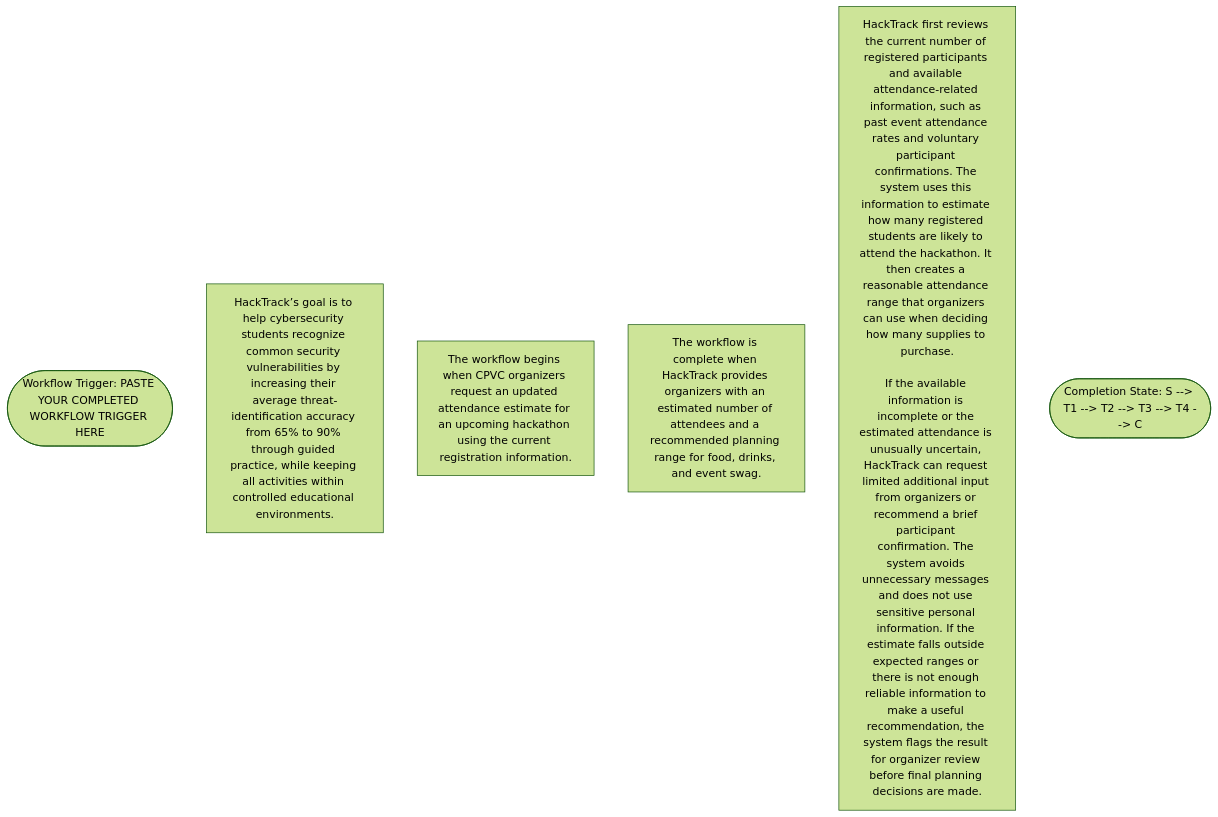
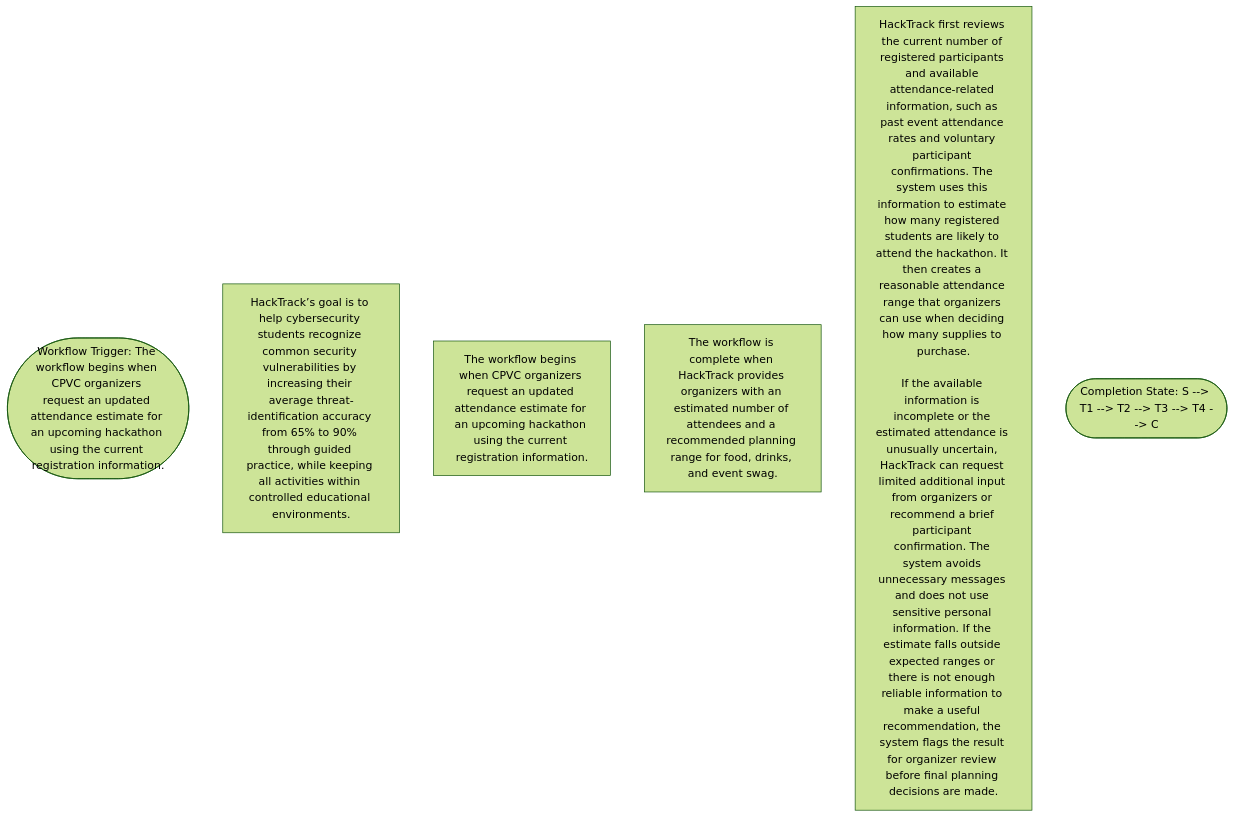
The diagram in my_first_agent/agent/workflow-of-tasks.md (clairerobinson2023-coder/BUS4498_InClass_Builds.), drawn with Mermaid (forest theme) before and after one commit.

Commit message:
Complete Friday Build 01 Part 2 workflow

````diff
--- a/my_first_agent/agent/workflow-of-tasks.md
+++ b/my_first_agent/agent/workflow-of-tasks.md
@@ -23,11 +23,11 @@
 ```mermaid
 flowchart TD
-S(["Workflow Trigger: PASTE YOUR COMPLETED WORKFLOW TRIGGER HERE"])
+S(["Workflow Trigger: The workflow begins when CPVC organizers request an updated attendance estimate for an upcoming hackathon using the current registration information."])
     T1["HackTrack’s goal is to help cybersecurity students recognize common security vulnerabilities by increasing their average threat-identification accuracy from 65% to 90% through guided practice, while keeping all activities within controlled educational environments."]
     T2["The workflow begins when CPVC organizers request an updated attendance estimate for an upcoming hackathon using the current registration information."]
     T3["The workflow is complete when HackTrack provides organizers with an estimated number of attendees and a recommended planning range for food, drinks, and event swag."]
     T4["HackTrack first reviews the current number of registered participants and available attendance-related information, such as past event attendance rates and voluntary participant confirmations. The system uses this information to estimate how many registered students are likely to attend the hackathon. It then creates a reasonable attendance range that organizers can use when deciding how many supplies to purchase.
 
 If the available information is incomplete or the estimated attendance is unusually uncertain, HackTrack can request limited additional input from organizers or recommend a brief participant confirmation. The system avoids unnecessary messages and does not use sensitive personal information. If the estimate falls outside expected ranges or there is not enough reliable information to make a useful recommendation, the system flags the result for organizer review before final planning decisions are made."]
     C(["Completion State: S --> T1 --> T2 --> T3 --> T4 --> C"])
 ```
````
